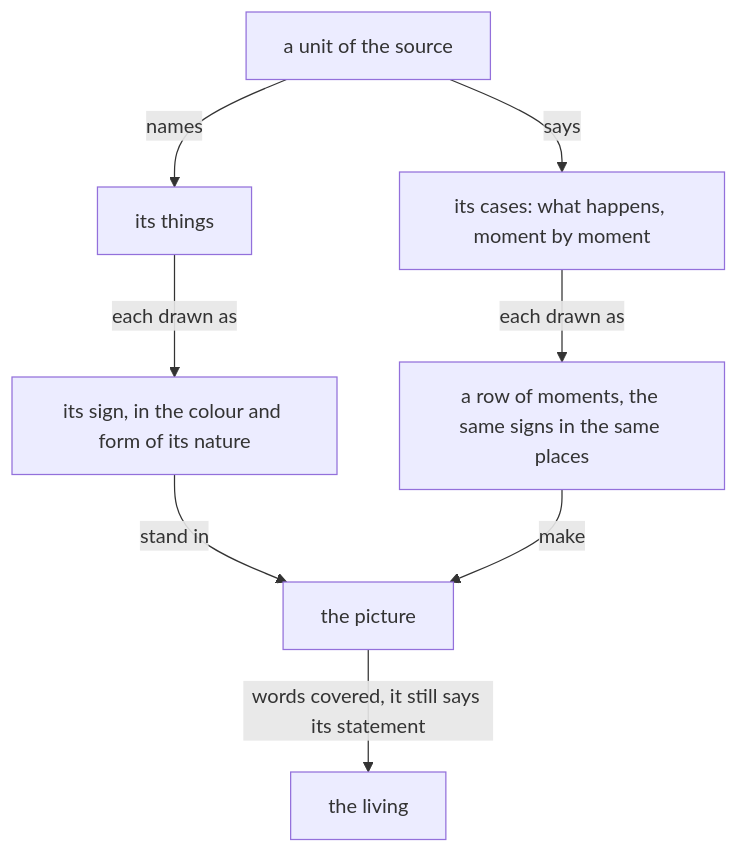
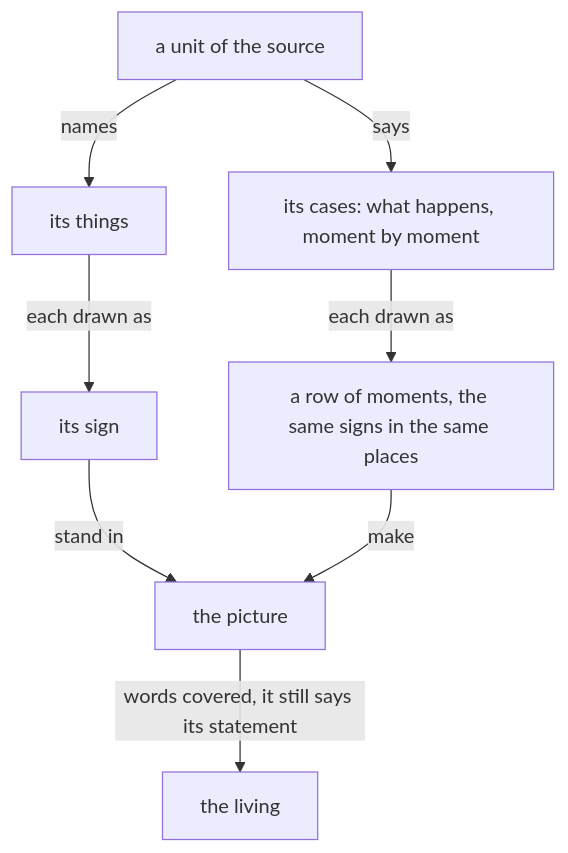
One commit to LiGoldragon/mind-belief changed the first of 2 diagrams in notion/visualizer/0.md. Above: the diagram before and after it, drawn with Mermaid. The commit also changed other lines of this file, not shown here.

````diff
--- a/notion/visualizer/0.md
+++ b/notion/visualizer/0.md
@@ -8,10 +8,10 @@
 ```mermaid
 flowchart TB
     u["a unit of the source"] -- "names" --> t["its things"]
     u -- "says" --> c["its cases: what happens, moment by moment"]
-    t -- "each drawn as" --> s["its sign, in the colour and form of its nature"]
+    t -- "each drawn as" --> s["its sign"]
     c -- "each drawn as" --> r["a row of moments, the same signs in the same places"]
     s -- "stand in" --> p["the picture"]
     r -- "make" --> p
     p -- "words covered, it still says its statement" --> l["the living"]
 ```
````
